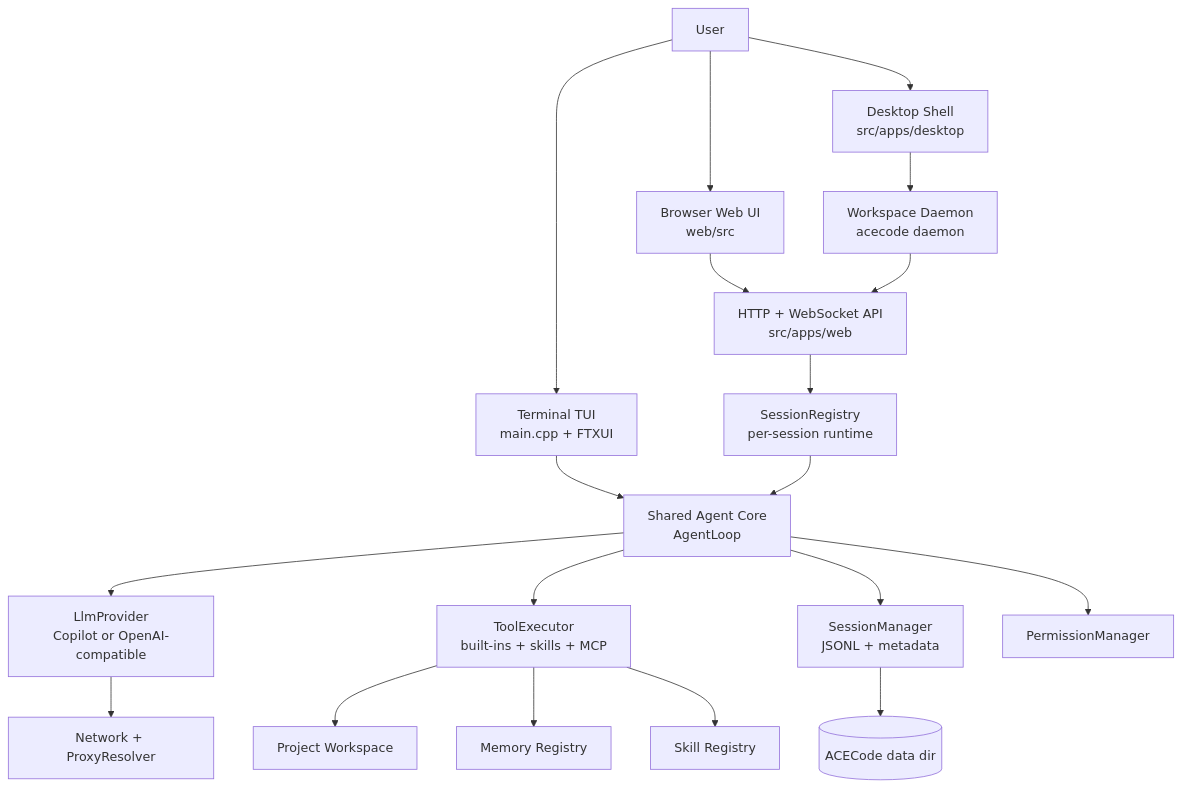
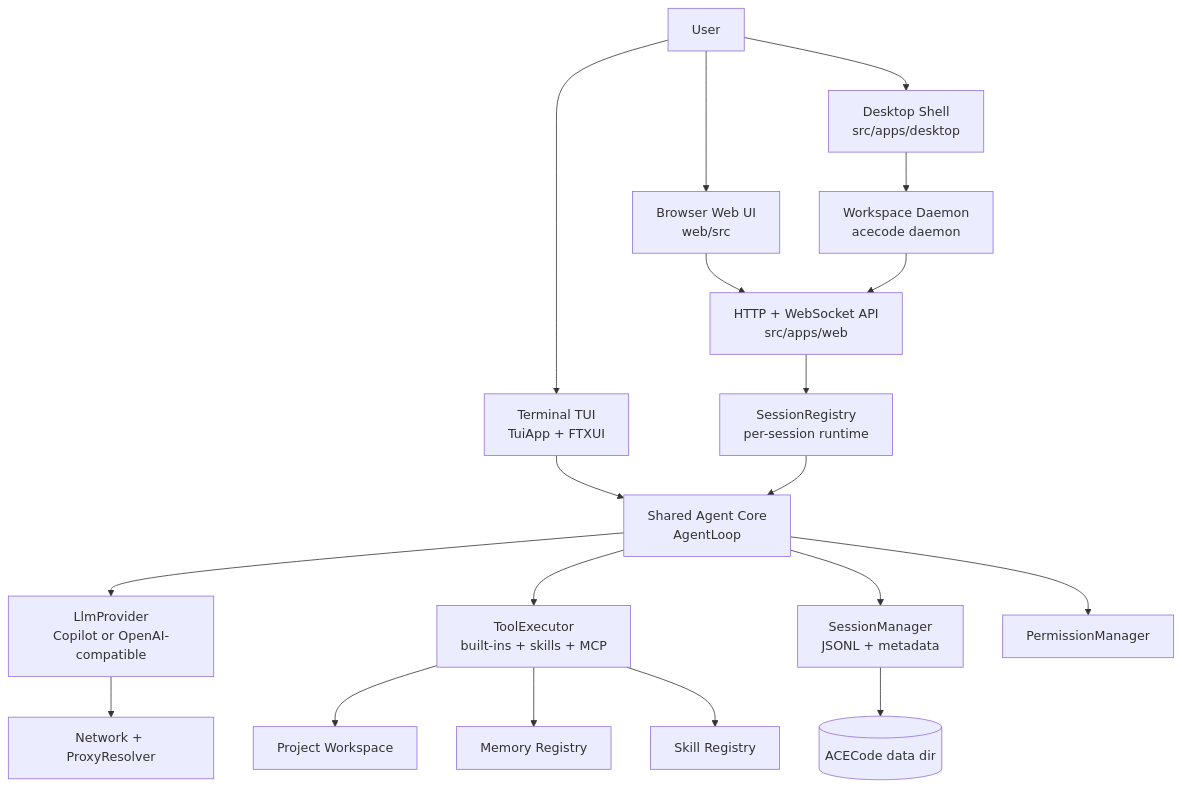
One commit to tmoonlight/acecode changed the first of 4 diagrams in ARCHITECTURE.md. Above: the diagram before and after it, drawn with Mermaid. The commit also changed other lines of this file and 10 other files, not shown here.

First line of the commit message:
refactor20260927(layers/P4): Document source ownership and enforce strict architecture gates

````diff
--- a/ARCHITECTURE.md
+++ b/ARCHITECTURE.md
@@ -20,24 +20,24 @@
 ```mermaid
 flowchart TB
-    user[User] --> tui[Terminal TUI<br/>main.cpp + FTXUI]
+    user[User] --> tui[Terminal TUI<br/>TuiApp + FTXUI]
     user --> desktop[Desktop Shell<br/>src/apps/desktop]
     user --> browser[Browser Web UI<br/>web/src]
 
     desktop --> daemonA[Workspace Daemon<br/>acecode daemon]
     browser --> webapi[HTTP + WebSocket API<br/>src/apps/web]
     tui --> core[Shared Agent Core<br/>AgentLoop]
     daemonA --> webapi
     webapi --> registry[SessionRegistry<br/>per-session runtime]
     registry --> core
 
     core --> provider[LlmProvider<br/>Copilot or OpenAI-compatible]
     core --> tools[ToolExecutor<br/>built-ins + skills + MCP]
     core --> sessions[SessionManager<br/>JSONL + metadata]
     core --> permissions[PermissionManager]
 
     provider --> network[Network + ProxyResolver]
     tools --> workspace[Project Workspace]
     tools --> memory[Memory Registry]
     tools --> skills[Skill Registry]
     sessions --> data[(ACECode data dir)]
 ```
````
